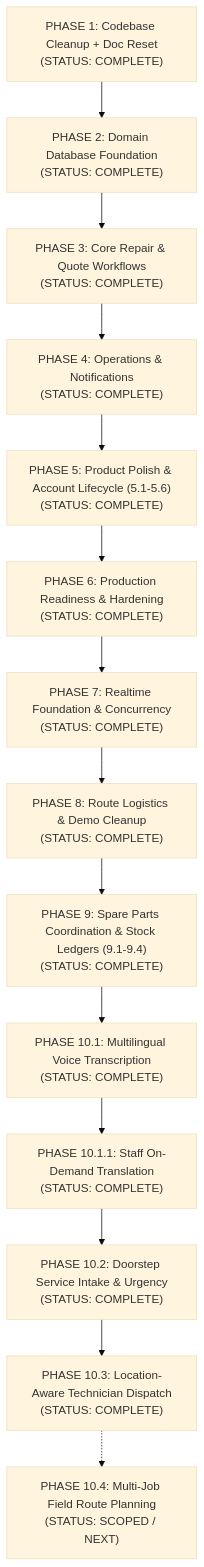
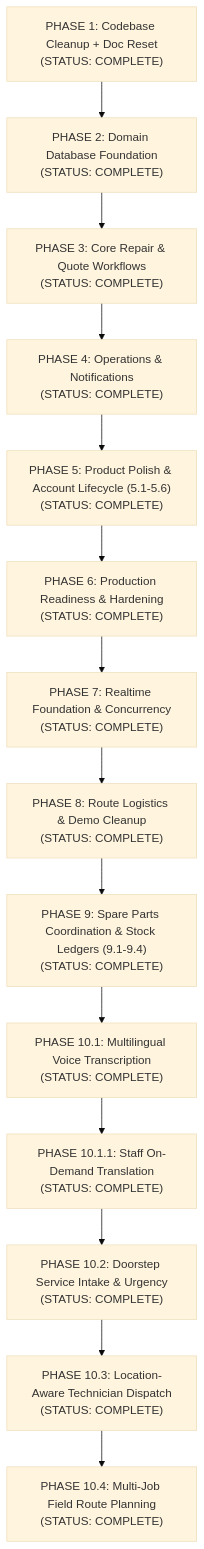
The diagram in IMPLEMENTATION_PLAN.md (ankitchamke/TerraByte), drawn with Mermaid (base theme) before and after one commit. The commit also changed other lines of this file and 19 other files, not shown here.

Commit message:
10.4: feat(terabyte): complete multi-job field circuit planning

````diff
--- a/IMPLEMENTATION_PLAN.md
+++ b/IMPLEMENTATION_PLAN.md
@@ -15,16 +15,16 @@
 ```mermaid
 flowchart TD
     P1["PHASE 1: Codebase Cleanup + Doc Reset<br/>(STATUS: COMPLETE)"] --> P2["PHASE 2: Domain Database Foundation<br/>(STATUS: COMPLETE)"]
     P2 --> P3["PHASE 3: Core Repair & Quote Workflows<br/>(STATUS: COMPLETE)"]
     P3 --> P4["PHASE 4: Operations & Notifications<br/>(STATUS: COMPLETE)"]
     P4 --> P5["PHASE 5: Product Polish & Account Lifecycle (5.1-5.6)<br/>(STATUS: COMPLETE)"]
     P5 --> P6["PHASE 6: Production Readiness & Hardening<br/>(STATUS: COMPLETE)"]
     P6 --> P7["PHASE 7: Realtime Foundation & Concurrency<br/>(STATUS: COMPLETE)"]
     P7 --> P8["PHASE 8: Route Logistics & Demo Cleanup<br/>(STATUS: COMPLETE)"]
     P8 --> P9["PHASE 9: Spare Parts Coordination & Stock Ledgers (9.1-9.4)<br/>(STATUS: COMPLETE)"]
     P9 --> P101["PHASE 10.1: Multilingual Voice Transcription<br/>(STATUS: COMPLETE)"]
     P101 --> P1011["PHASE 10.1.1: Staff On-Demand Translation<br/>(STATUS: COMPLETE)"]
     P1011 --> P102["PHASE 10.2: Doorstep Service Intake & Urgency<br/>(STATUS: COMPLETE)"]
     P102 --> P103["PHASE 10.3: Location-Aware Technician Dispatch<br/>(STATUS: COMPLETE)"]
-    P103 -.-> P104["PHASE 10.4: Multi-Job Field Route Planning<br/>(STATUS: SCOPED / NEXT)"]
+    P103 --> P104["PHASE 10.4: Multi-Job Field Route Planning<br/>(STATUS: COMPLETE)"]
 ```
````
